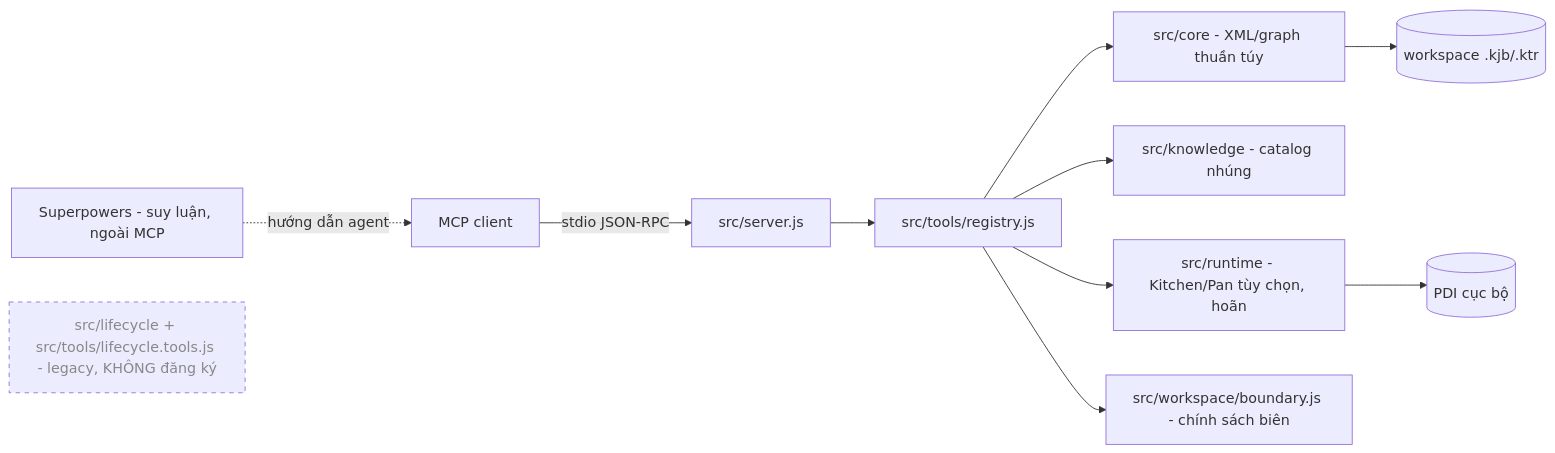
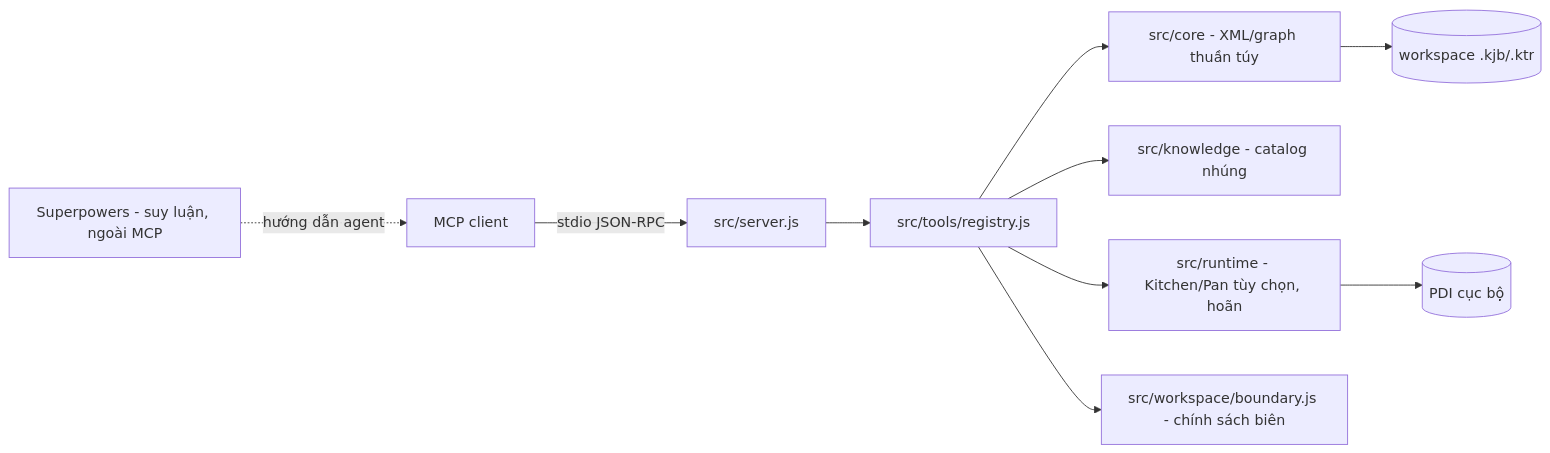
Before and after one commit to TumRoyall/pentaho-mcp-server: the second of 2 diagrams in README.md, drawn with Mermaid. The commit also changed other lines of this file and 10 other files, not shown here.

````diff
--- a/README.md
+++ b/README.md
@@ -101,14 +106,12 @@
 ```mermaid
 flowchart LR
     SP[Superpowers - suy luận, ngoài MCP] -. hướng dẫn agent .-> Client
     Client[MCP client] -->|stdio JSON-RPC| Server[src/server.js]
     Server --> Registry[src/tools/registry.js]
     Registry --> Core[src/core - XML/graph thuần túy]
     Registry --> Knowledge[src/knowledge - catalog nhúng]
     Registry --> Runtime[src/runtime - Kitchen/Pan tùy chọn, hoãn]
     Registry --> Boundary[src/workspace/boundary.js - chính sách biên]
     Core --> Workspace[(workspace .kjb/.ktr)]
     Runtime --> PDI[(PDI cục bộ)]
-    Legacy[src/lifecycle + src/tools/lifecycle.tools.js - legacy, KHÔNG đăng ký]:::legacy
-    classDef legacy stroke-dasharray: 5 5,color:#888;
 ```
````
